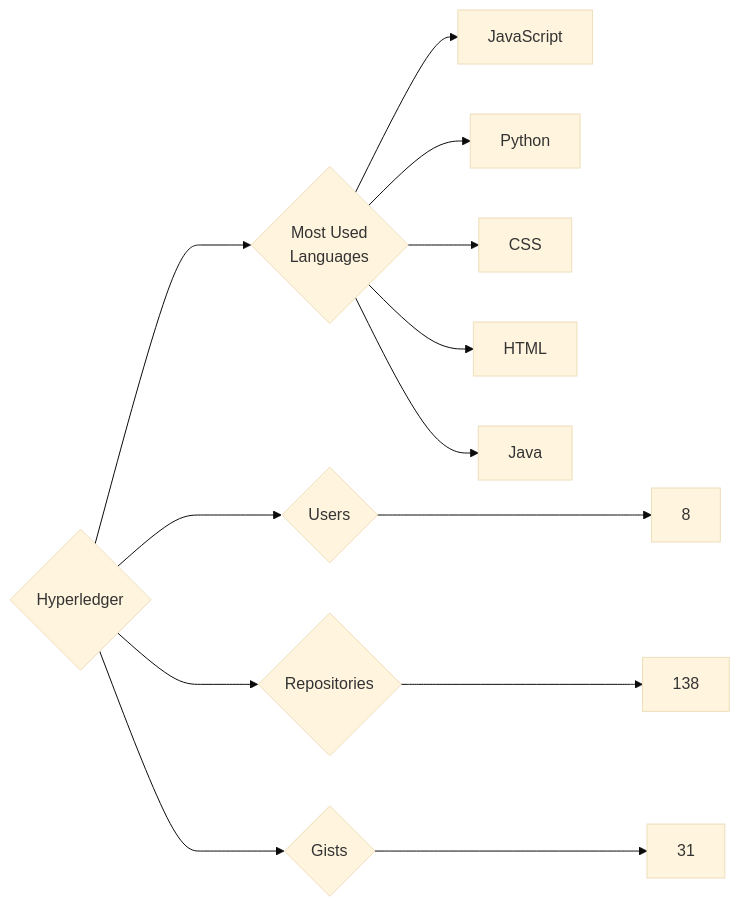
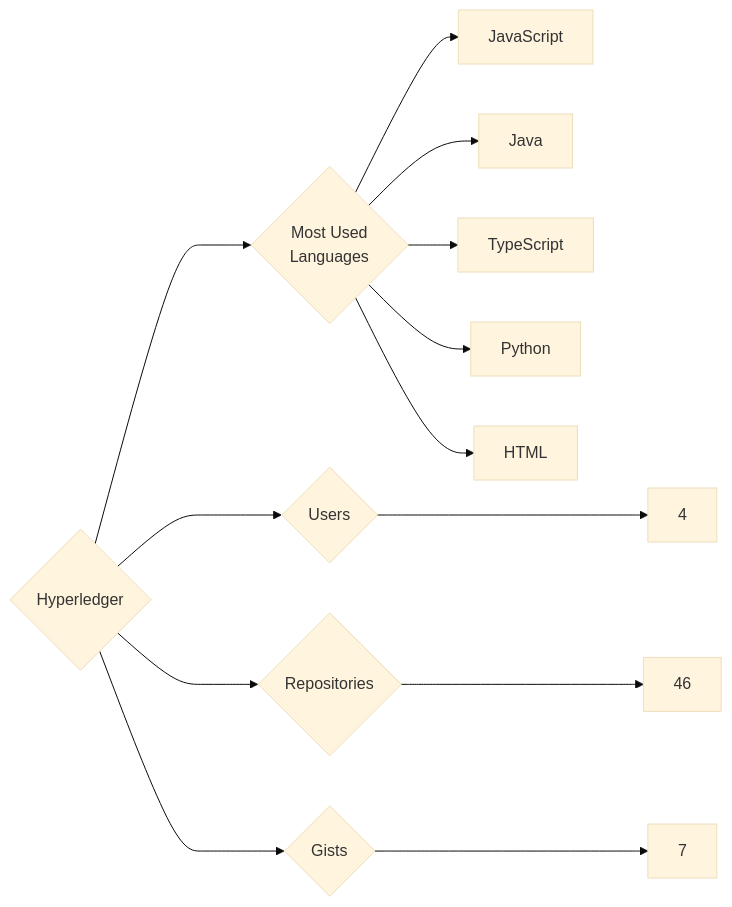
One commit to trickest/insiders changed the diagram in targets/Hyperledger/README.md. Above: the diagram before and after it, drawn with Mermaid (base theme). The commit also changed 880 other files, not shown here.

````diff
--- a/targets/Hyperledger/README.md
+++ b/targets/Hyperledger/README.md
@@ -3,13 +3,13 @@
 ```mermaid
 graph LR
 COMPANY_NAME{Hyperledger}
-COMPANY_NAME ---> U{Users} ---> UN[8]
-COMPANY_NAME ---> R{Repositories} ---> RN[138]
-COMPANY_NAME ---> G{Gists} ---> GN[31]
+COMPANY_NAME ---> U{Users} ---> UN[4]
+COMPANY_NAME ---> R{Repositories} ---> RN[46]
+COMPANY_NAME ---> G{Gists} ---> GN[7]
 COMPANY_NAME ---> ML{Most Used<br>Languages}
 ML --> JavaScript[JavaScript]
+ML --> Java[Java]
+ML --> TypeScript[TypeScript]
 ML --> Python[Python]
-ML --> CSS[CSS]
 ML --> HTML[HTML]
-ML --> Java[Java]
 ```
````
